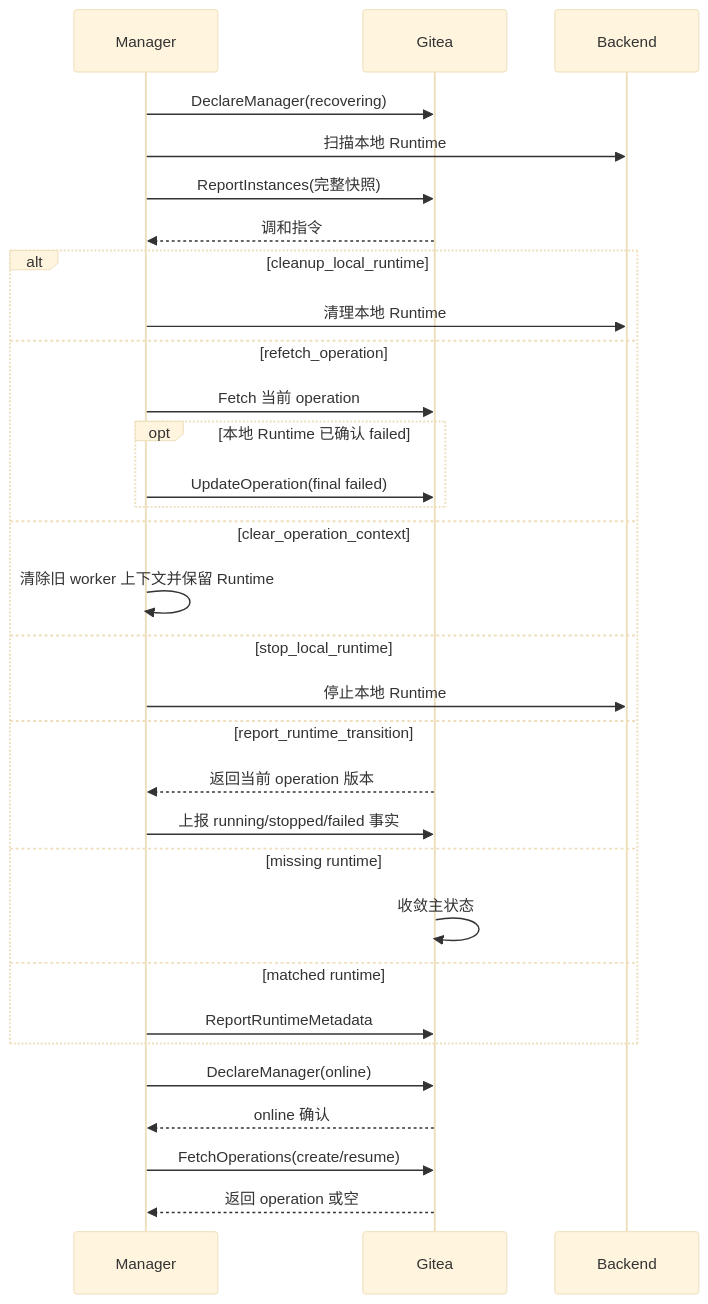
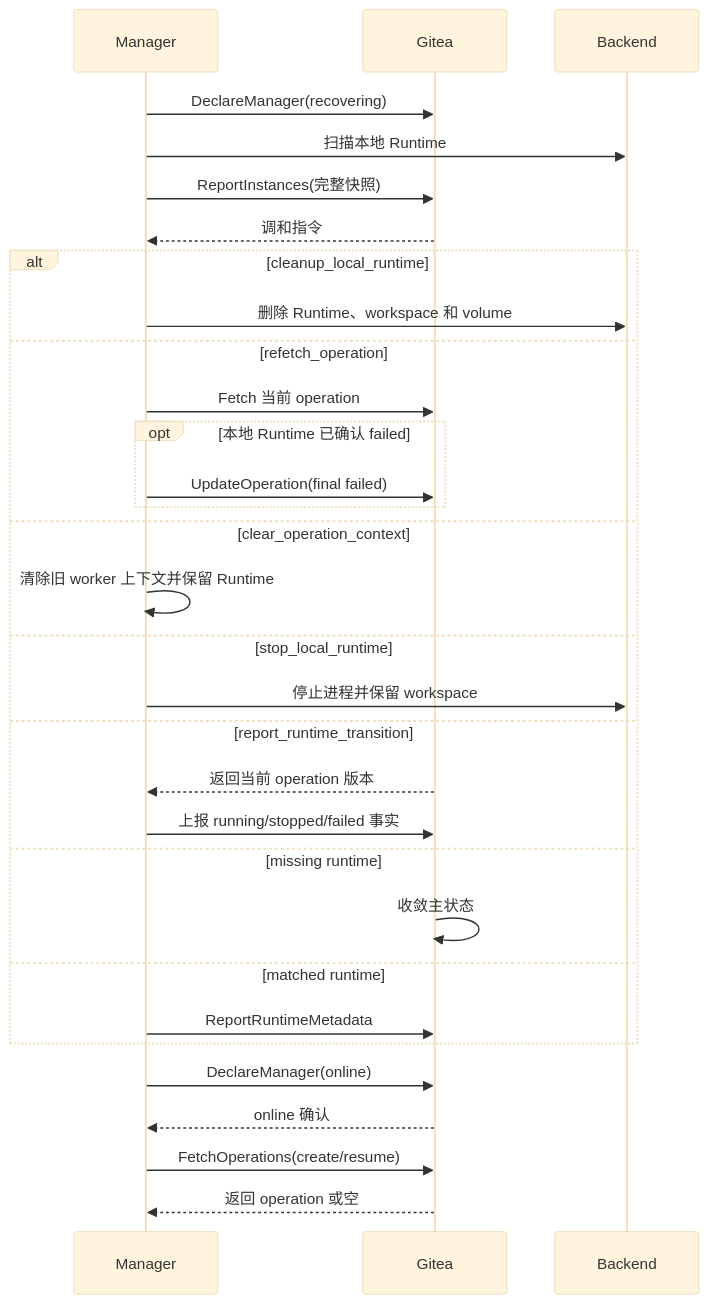
The diagram in src/maintenance-recovery.md (ExplodingDragon/gitea-dev), drawn with Mermaid (base theme) before and after one commit. The commit also changed other lines of this file and 9 other files, not shown here.

````diff
--- a/src/maintenance-recovery.md
+++ b/src/maintenance-recovery.md
@@ -87,34 +87,34 @@
 ```mermaid
 sequenceDiagram
     participant M as Manager
     participant G as Gitea
     participant B as Backend
 
     M->>G: DeclareManager(recovering)
     M->>B: 扫描本地 Runtime
     M->>G: ReportInstances(完整快照)
     G-->>M: 调和指令
     alt cleanup_local_runtime
-        M->>B: 清理本地 Runtime
+        M->>B: 删除 Runtime、workspace 和 volume
     else refetch_operation
         M->>G: Fetch 当前 operation
         opt 本地 Runtime 已确认 failed
             M->>G: UpdateOperation(final failed)
         end
     else clear_operation_context
         M->>M: 清除旧 worker 上下文并保留 Runtime
     else stop_local_runtime
-        M->>B: 停止本地 Runtime
+        M->>B: 停止进程并保留 workspace
     else report_runtime_transition
         G-->>M: 返回当前 operation 版本
         M->>G: 上报 running/stopped/failed 事实
     else missing runtime
         G->>G: 收敛主状态
     else matched runtime
         M->>G: ReportRuntimeMetadata
     end
     M->>G: DeclareManager(online)
     G-->>M: online 确认
     M->>G: FetchOperations(create/resume)
     G-->>M: 返回 operation 或空
 ```
````
